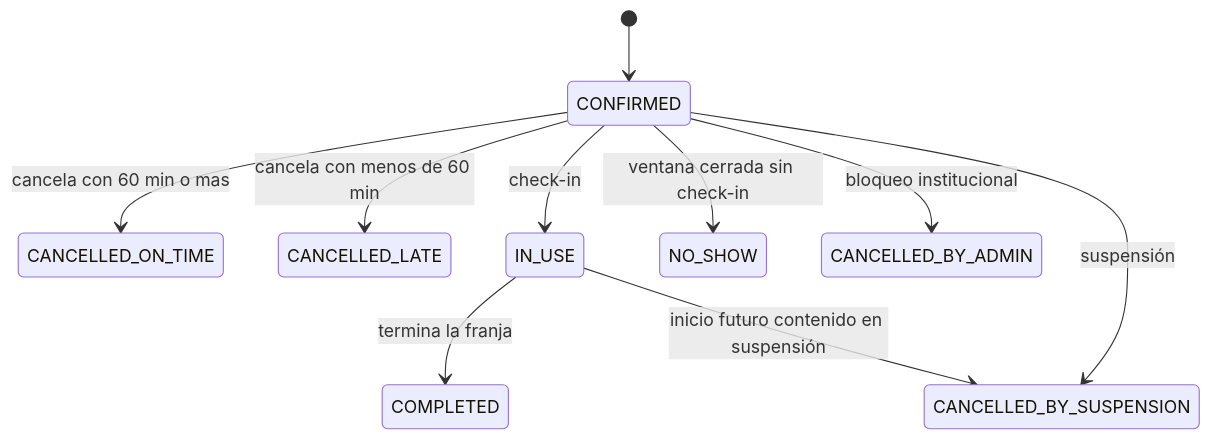
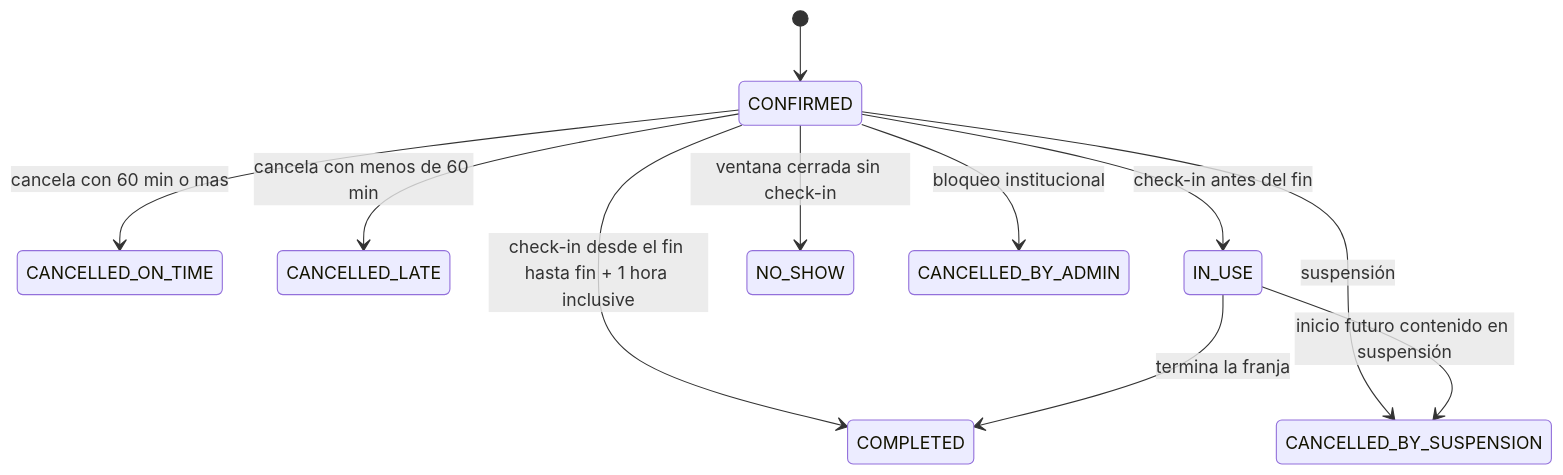
Before and after one commit to SebasTK2008/Unimag-Deportes: the fifth of 5 diagrams in docs/techincal-plan/plan-general.md, drawn with Mermaid. The commit also changed other lines of this file and 21 other files, not shown here.

````diff
--- a/docs/techincal-plan/plan-general.md
+++ b/docs/techincal-plan/plan-general.md
@@ -640,12 +642,13 @@
 ```mermaid
 stateDiagram-v2
   [*] --> CONFIRMED
   CONFIRMED --> CANCELLED_ON_TIME: cancela con 60 min o mas
   CONFIRMED --> CANCELLED_LATE: cancela con menos de 60 min
-  CONFIRMED --> IN_USE: check-in
+  CONFIRMED --> IN_USE: check-in antes del fin
+  CONFIRMED --> COMPLETED: check-in desde el fin hasta fin + 1 hora inclusive
   CONFIRMED --> NO_SHOW: ventana cerrada sin check-in
   CONFIRMED --> CANCELLED_BY_ADMIN: bloqueo institucional
   CONFIRMED --> CANCELLED_BY_SUSPENSION: suspensión
   IN_USE --> COMPLETED: termina la franja
   IN_USE --> CANCELLED_BY_SUSPENSION: inicio futuro contenido en suspensión
 ```
````
